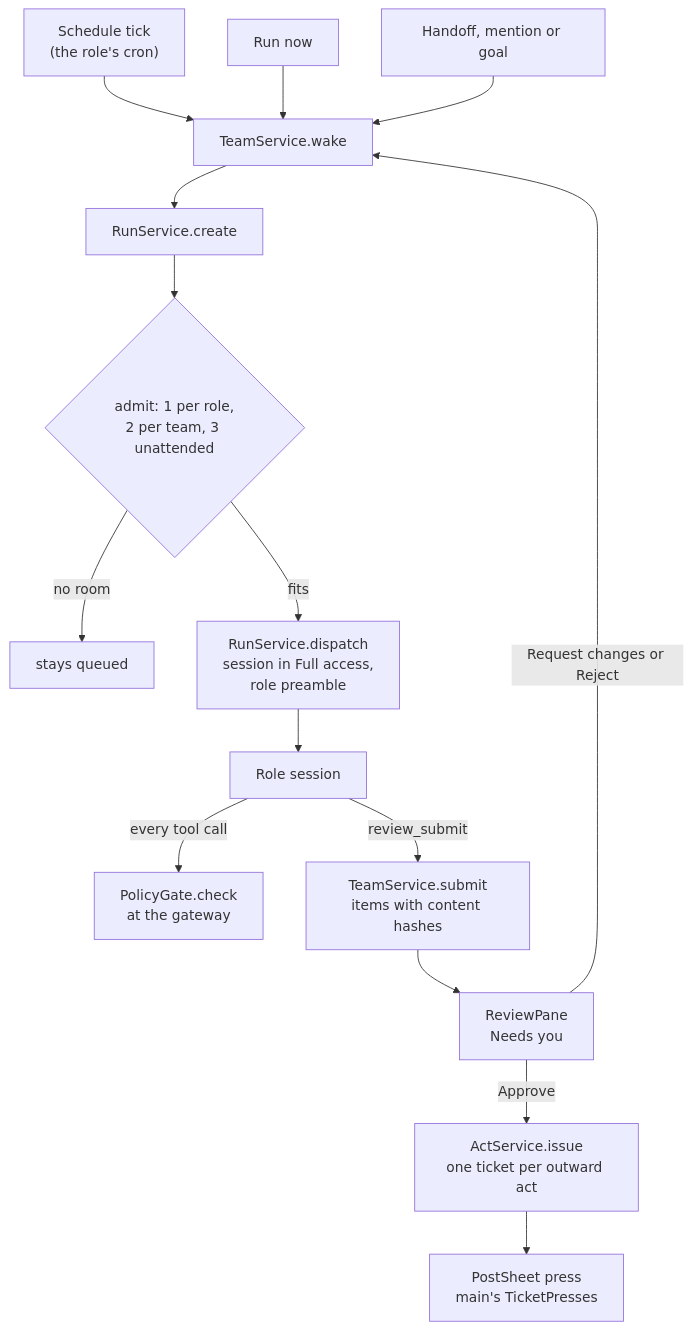
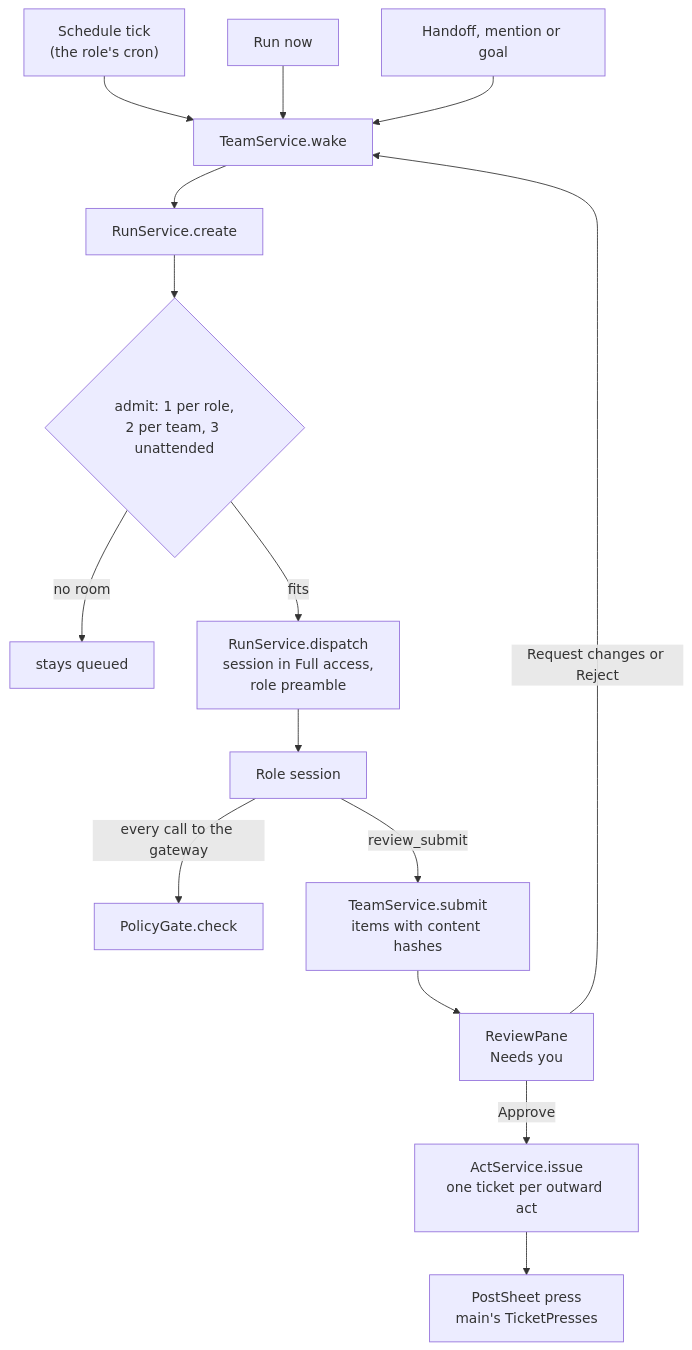
Before and after one commit to 31Carlton7/realm: the fourth of 20 diagrams in docs/architecture/features.md, drawn with Mermaid. The commit also changed other lines of this file, not shown here.

````diff
--- a/docs/architecture/features.md
+++ b/docs/architecture/features.md
@@ -226,17 +226,17 @@
 ```mermaid
 flowchart TD
   clock["Schedule tick<br/>(the role's cron)"] --> wake
   runNow["Run now"] --> wake
   handoff["Handoff, mention or goal"] --> wake
   wake["TeamService.wake"] --> run["RunService.create"]
   run --> admit{"admit: 1 per role,<br/>2 per team, 3 unattended"}
   admit -- "no room" --> queued["stays queued"]
   admit -- "fits" --> dispatch["RunService.dispatch<br/>session in Full access,<br/>role preamble"]
   dispatch --> session["Role session"]
-  session -- "every tool call" --> gate["PolicyGate.check<br/>at the gateway"]
+  session -- "every call to the gateway" --> gate["PolicyGate.check"]
   session -- "review_submit" --> submit["TeamService.submit<br/>items with content hashes"]
   submit --> review["ReviewPane<br/>Needs you"]
   review -- "Approve" --> act["ActService.issue<br/>one ticket per outward act"]
   review -- "Request changes or Reject" --> wake
   act --> press["PostSheet press<br/>main's TicketPresses"]
 ```
````
